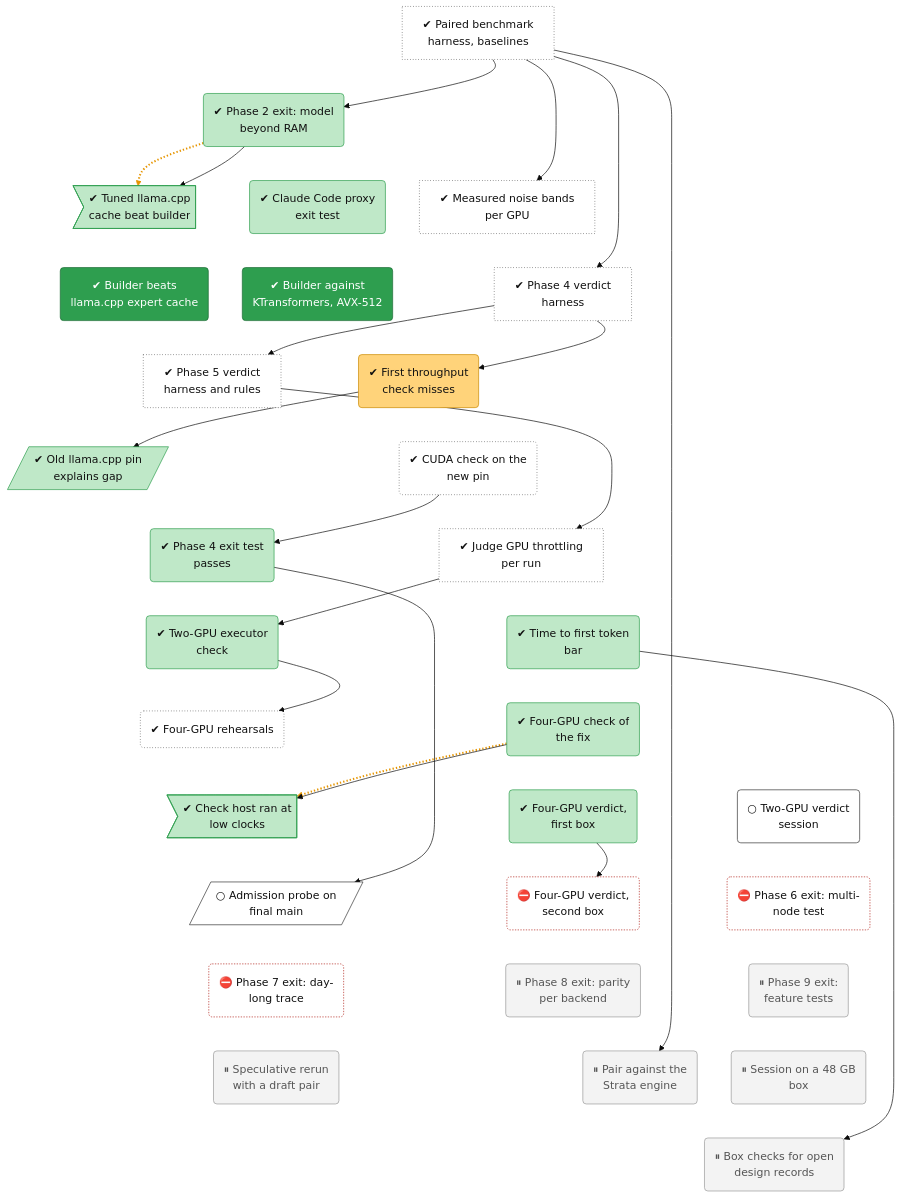
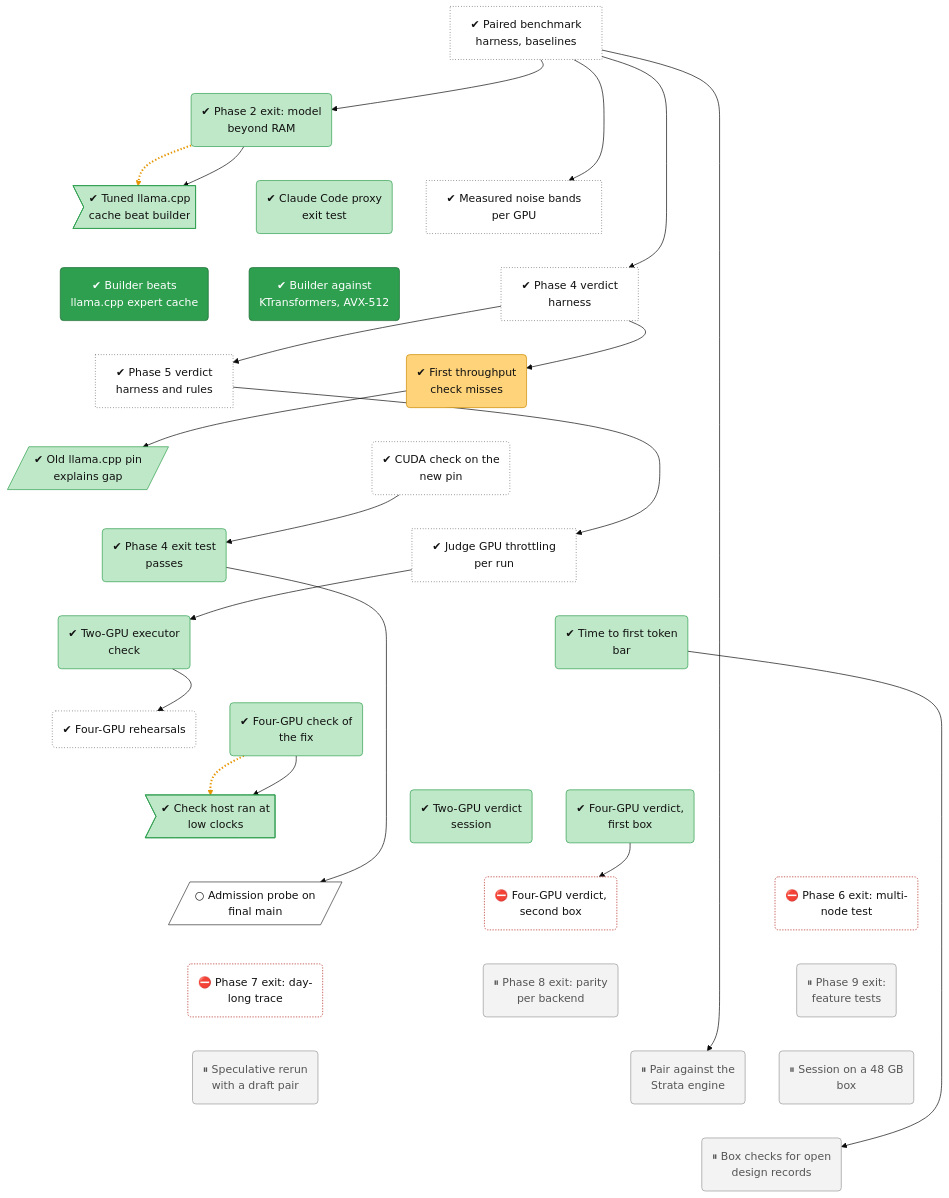
The diagram in docs/roadmap/tracks/bench.md (lhns/tetraeder), drawn with Mermaid (base theme) before and after one commit. The commit also changed other lines of this file and 416 other files, not shown here.

Commit message:
v2c-20261121: D2 and M2 pass on GPUs 2,3 of the V4a box (box 61850705); tree node bench-v2-verdict done

````diff
--- a/docs/roadmap/tracks/bench.md
+++ b/docs/roadmap/tracks/bench.md
@@ -28,8 +28,8 @@
     bench_s3_rehearsal("✔ Four-GPU rehearsals")
     bench_s3f2("✔ Four-GPU check of<br/>the fix")
     bench_defect_s3f2_clock>"✔ Check host ran at<br/>low clocks"]
+    bench_v2_verdict("✔ Two-GPU verdict<br/>session")
     bench_v4a_verdict("✔ Four-GPU verdict,<br/>first box")
-    bench_v2_verdict("○ Two-GPU verdict<br/>session")
     bench_d2a_probe[/"○ Admission probe on<br/>final main"/]
     bench_v4b_verdict("⛔ Four-GPU verdict,<br/>second box")
     bench_phase6_exit("⛔ Phase 6 exit: multi-<br/>node test")
@@ -59,11 +59,11 @@
     bench_s2_step0 ~~~ bench_s3_rehearsal
     bench_ttft ~~~ bench_s3f2
     bench_s3_rehearsal ~~~ bench_defect_s3f2_clock
+    bench_s3f2 ~~~ bench_v2_verdict
     bench_s3f2 ~~~ bench_v4a_verdict
-    bench_s3f2 ~~~ bench_v2_verdict
     bench_defect_s3f2_clock ~~~ bench_d2a_probe
-    bench_v4a_verdict ~~~ bench_v4b_verdict
-    bench_v2_verdict ~~~ bench_phase6_exit
+    bench_v2_verdict ~~~ bench_v4b_verdict
+    bench_v4a_verdict ~~~ bench_phase6_exit
     bench_d2a_probe ~~~ bench_phase7_exit
     bench_v4b_verdict ~~~ bench_phase8_exit
     bench_phase6_exit ~~~ bench_phase9_exit
@@ -107,10 +107,10 @@
     classDef finding fill:#ffe0b2,stroke:#d84315,stroke-width:2px,color:#111
     classDef waiting fill:#e3f2fd,stroke:#1f6fc5,stroke-dasharray:5 5,color:#111
     class bench_harness,bench_noise_bands,bench_phase4_harness,bench_phase5_harness,bench_pin_confirm,bench_throttle_rules,bench_s3_rehearsal unrated
-    class bench_phase2_exit,bench_defect_tuned_cache,bench_phase3b_proxy,bench_pin_ab,bench_phase4_exit,bench_s2_step0,bench_ttft,bench_s3f2,bench_defect_s3f2_clock,bench_v4a_verdict succ
+    class bench_phase2_exit,bench_defect_tuned_cache,bench_phase3b_proxy,bench_pin_ab,bench_phase4_exit,bench_s2_step0,bench_ttft,bench_s3f2,bench_defect_s3f2_clock,bench_v2_verdict,bench_v4a_verdict succ
     class bench_m1_point1,bench_m1_point3 vsucc
     class bench_d2a_rerun mixed
-    class bench_v2_verdict,bench_d2a_probe next
+    class bench_d2a_probe next
     class bench_v4b_verdict,bench_phase6_exit,bench_phase7_exit blocked
     class bench_phase8_exit,bench_phase9_exit,bench_spec_rerun,bench_strata_pairing,bench_d1_session,bench_open_records parked
 ```
````
